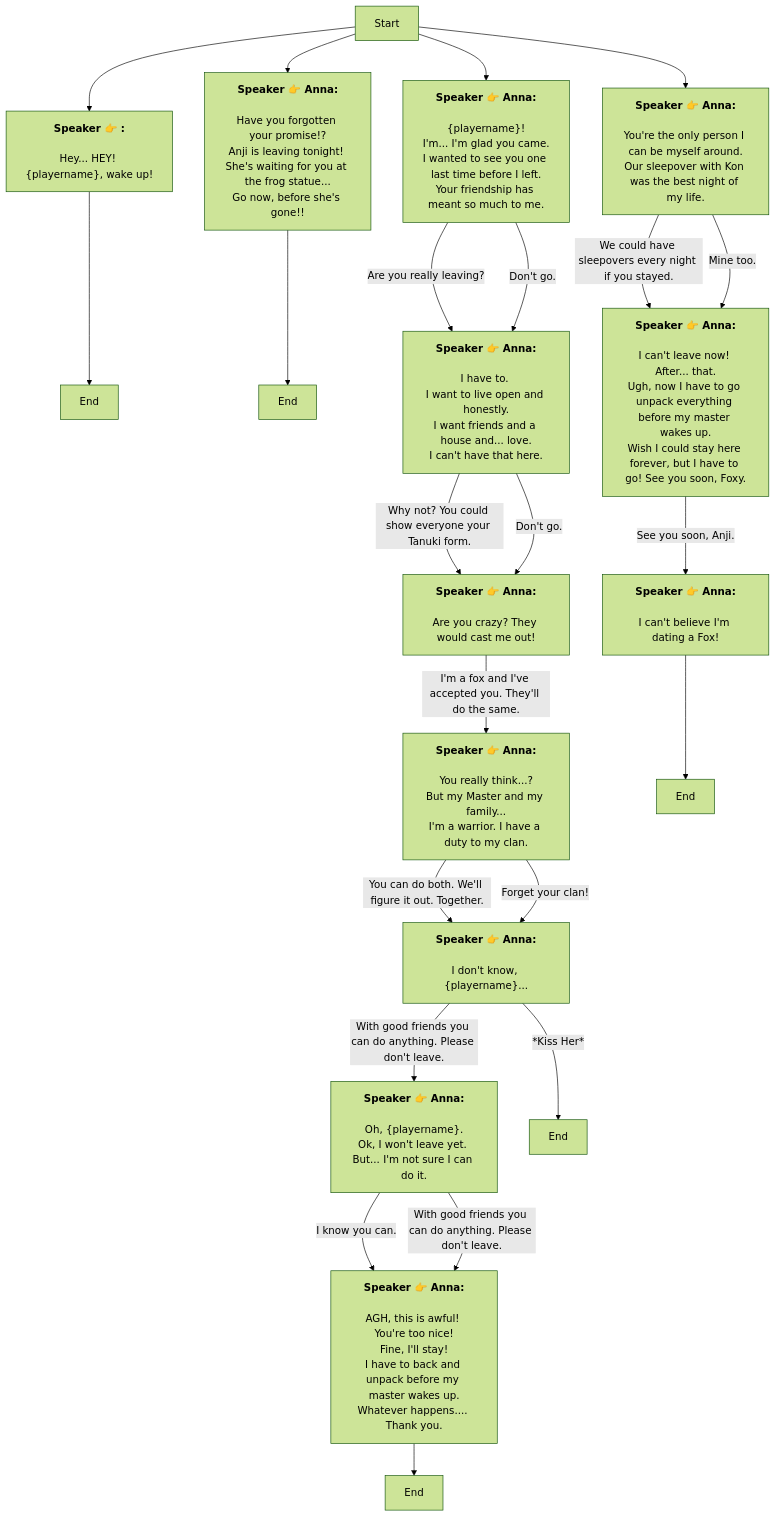
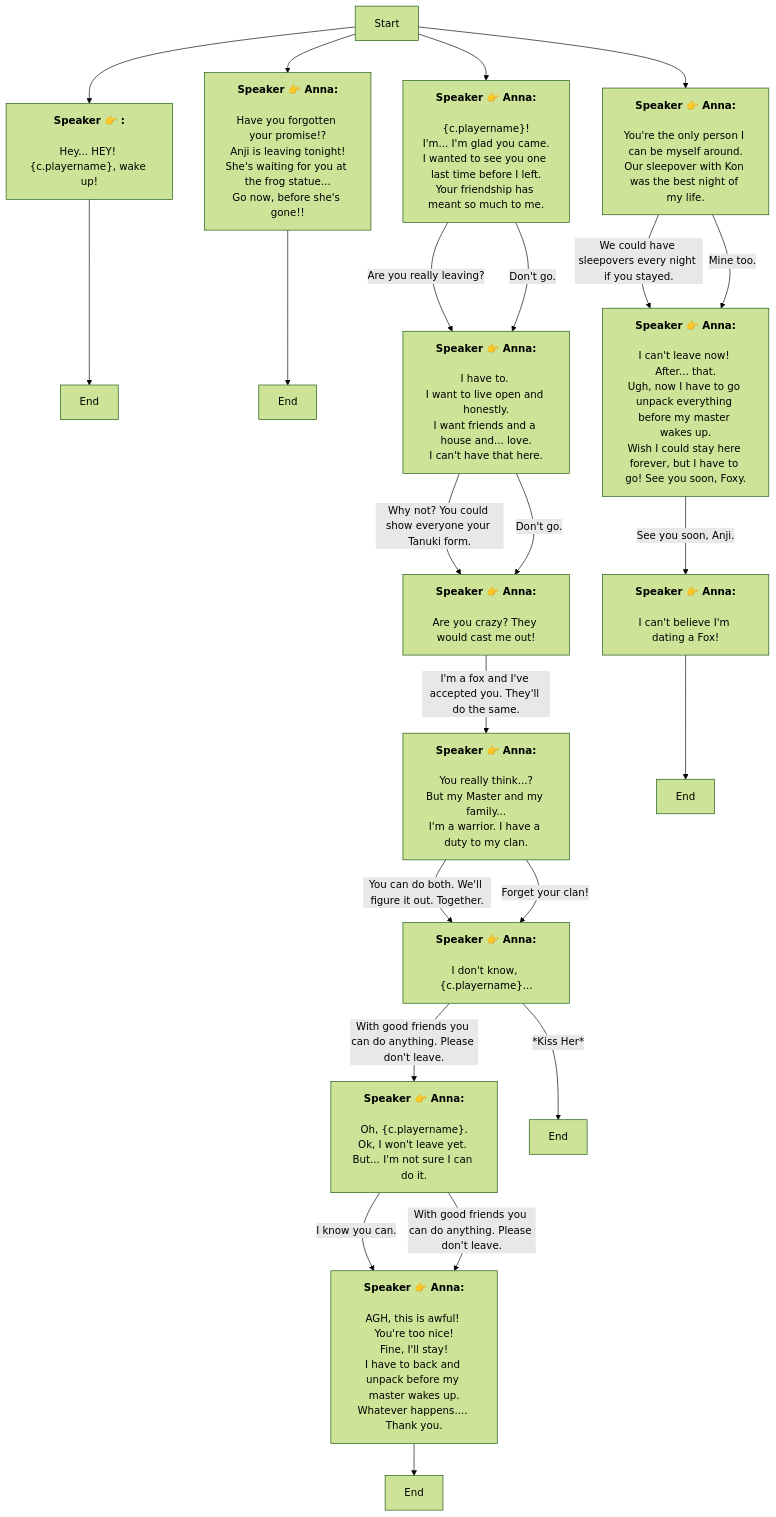
One commit to SoftHu/tos_avg changed the diagram in En/heart_4_6_2_9.md. Above: the diagram before and after it, drawn with Mermaid (forest theme). The commit also changed 410 other files, not shown here.

````diff
--- a/En/heart_4_6_2_9.md
+++ b/En/heart_4_6_2_9.md
@@ -1,45 +1,45 @@
 ```mermaid
 graph
 Start -->1766672157337891[<b>Speaker 👉 :</b>
-\nHey... HEY! &lbrace;playername&rbrace;, wake up!]
+\nHey... HEY! &lbrace;c.playername&rbrace;, wake up!]
 1766672157337891 -->1766681055228200[End]
 Start -->1766681208037674[<b>Speaker 👉 Anna:</b>
-\nHave you forgotten your promise!?\nAnji is leaving tonight! \nShe's waiting for you at the frog statue...\nGo now, before she's gone!!]
+\nHave you forgotten your promise!?\nAnji is leaving tonight!\nShe's waiting for you at the frog statue...\nGo now, before she's gone!!]
 1766681208037674 -->1766685341910398[End]
 Start -->1766681352883506[<b>Speaker 👉 Anna:</b>
-\n&lbrace;playername&rbrace;!\nI'm... I'm glad you came.\nI wanted to see you one last time before I left.\nYour friendship has meant so much to me.]
+\n&lbrace;c.playername&rbrace;!\nI'm... I'm glad you came.\nI wanted to see you one last time before I left.\nYour friendship has meant so much to me.]
 1766681352883506 -->|Are you really leaving?|1766686399488482[<b>Speaker 👉 Anna:</b>
 \nI have to. 
 I want to live open and honestly.\nI want friends and a house and... love.\nI can't have that here.]
 1766681352883506 -->|Don't go.|1766686399488482[<b>Speaker 👉 Anna:</b>
 \nI have to. 
 I want to live open and honestly.\nI want friends and a house and... love.\nI can't have that here.]
 1766686399488482 -->|Why not? You could show everyone your Tanuki form.|1766686528492008[<b>Speaker 👉 Anna:</b>
 \nAre you crazy? They would cast me out!]
 1766686399488482 -->|Don't go.|1766686528492008[<b>Speaker 👉 Anna:</b>
 \nAre you crazy? They would cast me out!]
 1766686528492008 -->|I'm a fox and I've accepted you. They'll do the same.|1766686621164014[<b>Speaker 👉 Anna:</b>
 \nYou really think...?\nBut my Master and my family...\nI'm a warrior. I have a duty to my clan.]
 1766686621164014 -->|You can do both. We'll figure it out. Together.|1766686682965492[<b>Speaker 👉 Anna:</b>
-\nI don't know, &lbrace;playername&rbrace;...]
+\nI don't know, &lbrace;c.playername&rbrace;...]
 1766686621164014 -->|Forget your clan!|1766686682965492[<b>Speaker 👉 Anna:</b>
-\nI don't know, &lbrace;playername&rbrace;...]
+\nI don't know, &lbrace;c.playername&rbrace;...]
 1766686682965492 -->|With good friends you can do anything. Please don't leave.|1766686745538043[<b>Speaker 👉 Anna:</b>
-\nOh, &lbrace;playername&rbrace;.\nOk, I won't leave yet. But... I'm not sure I can do it.]
+\nOh, &lbrace;c.playername&rbrace;.\nOk, I won't leave yet. But... I'm not sure I can do it.]
 1766686682965492 -->|*Kiss Her*|1766686807014913[End]
 1766686745538043 -->|I know you can.|1766686821873154[<b>Speaker 👉 Anna:</b>
 \nAGH, this is awful! You're too nice!\nFine, I'll stay!\nI have to back and unpack before my master wakes up.\nWhatever happens.... Thank you.]
 1766686745538043 -->|With good friends you can do anything. Please don't leave.|1766686821873154[<b>Speaker 👉 Anna:</b>
 \nAGH, this is awful! You're too nice!\nFine, I'll stay!\nI have to back and unpack before my master wakes up.\nWhatever happens.... Thank you.]
 1766686821873154 -->1766686858170883[End]
 Start -->1766686900719109[<b>Speaker 👉 Anna:</b>
 \nYou're the only person I can be myself around.\nOur sleepover with Kon was the best night of my life.]
 1766686900719109 -->|We could have sleepovers every night if you stayed.|1766686953551371[<b>Speaker 👉 Anna:</b>
 \nI can't leave now! After... that.\nUgh, now I have to go unpack everything before my master wakes up.\nWish I could stay here forever, but I have to go! See you soon, Foxy.]
 1766686900719109 -->|Mine too.|1766686953551371[<b>Speaker 👉 Anna:</b>
 \nI can't leave now! After... that.\nUgh, now I have to go unpack everything before my master wakes up.\nWish I could stay here forever, but I have to go! See you soon, Foxy.]
 1766686953551371 -->|See you soon, Anji.|1766687001349649[<b>Speaker 👉 Anna:</b>
 \nI can't believe I'm dating a Fox!]
 1766687001349649 -->1766687019647507[End]
 
 ```
````
